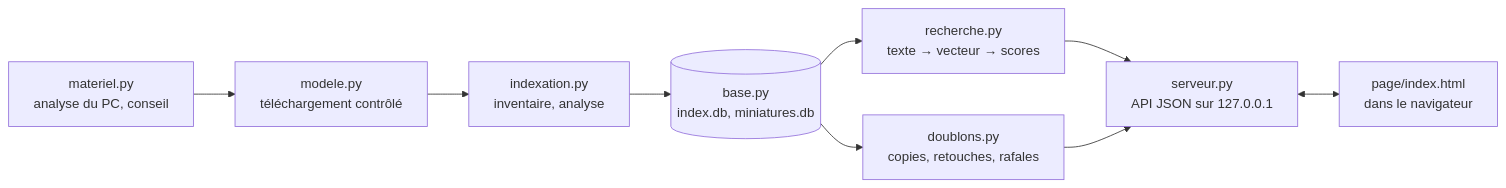
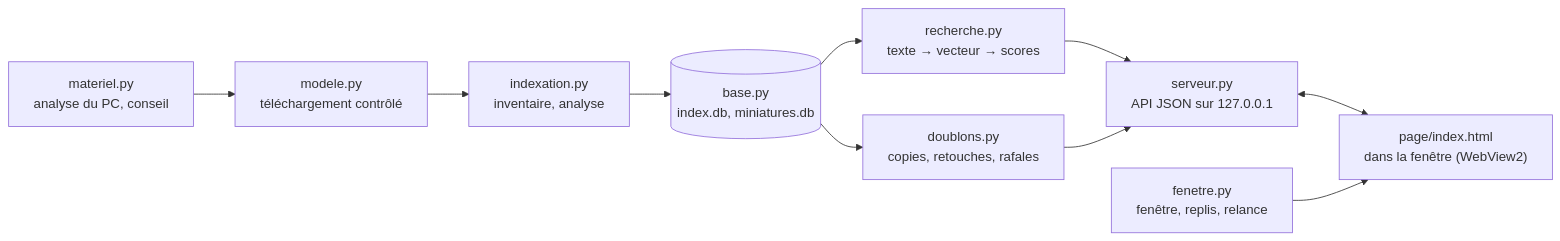
One commit to glenac/MyPhotos changed the diagram in docs/ARCHITECTURE.md. Above: the diagram before and after it, drawn with Mermaid. The commit also changed other lines of this file and 26 other files, not shown here.

````diff
--- a/docs/ARCHITECTURE.md
+++ b/docs/ARCHITECTURE.md
@@ -9,11 +9,12 @@
 ```mermaid
 flowchart LR
     M["materiel.py<br/>analyse du PC, conseil"] --> T["modele.py<br/>téléchargement contrôlé"]
     T --> I["indexation.py<br/>inventaire, analyse"]
     I --> B[("base.py<br/>index.db, miniatures.db")]
     B --> R["recherche.py<br/>texte → vecteur → scores"]
     R --> S["serveur.py<br/>API JSON sur 127.0.0.1"]
     B --> D["doublons.py<br/>copies, retouches, rafales"]
     D --> S
-    S <--> P["page/index.html<br/>dans le navigateur"]
+    S <--> P["page/index.html<br/>dans la fenêtre (WebView2)"]
+    F["fenetre.py<br/>fenêtre, replis, relance"] --> P
 ```
````
